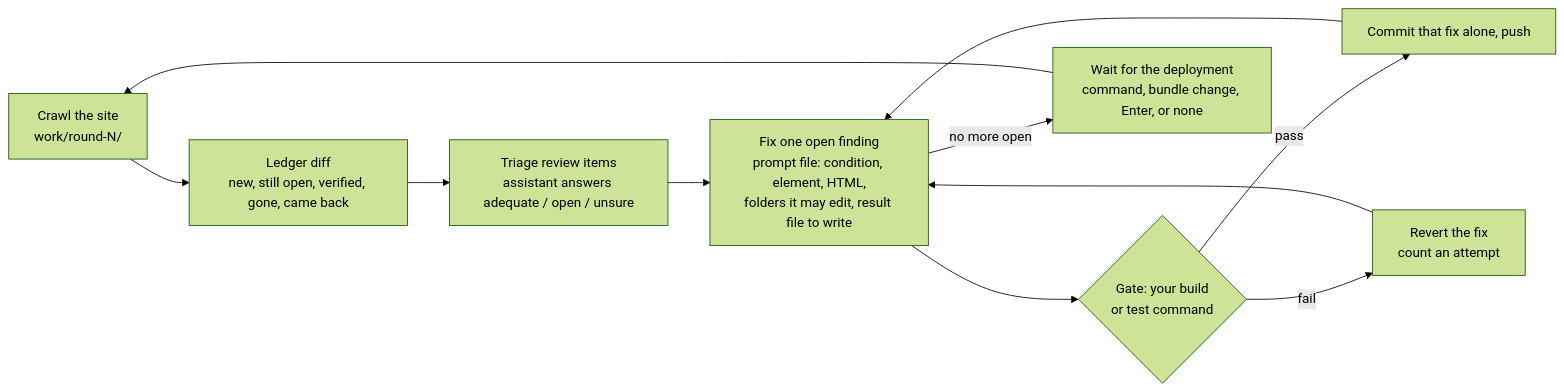
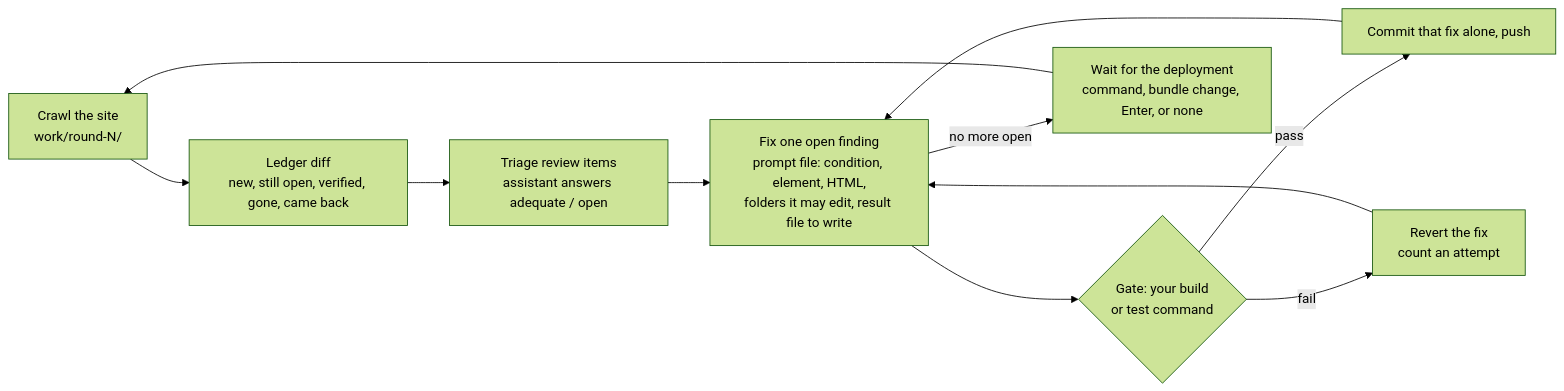
The second of 3 diagrams in README.md (AiFirstDevelopment/a11y-508), drawn with Mermaid (forest theme) before and after one commit. The commit also changed 7 other files, not shown here.

````diff
--- a/README.md
+++ b/README.md
@@ -315,13 +315,13 @@
 ```mermaid
 flowchart LR
   A[Crawl the site<br/>work/round-N/] --> B[Ledger diff<br/>new, still open, verified, gone, came back]
-  B --> C[Triage review items<br/>assistant answers adequate / open / unsure]
+  B --> C[Triage review items<br/>assistant answers adequate / open]
   C --> D[Fix one open finding<br/>prompt file: condition, element, HTML,<br/>folders it may edit, result file to write]
   D --> G{Gate: your build<br/>or test command}
   G -- pass --> H[Commit that fix alone, push]
   G -- fail --> V[Revert the fix<br/>count an attempt]
   H --> D
   V --> D
   D -- no more open --> W[Wait for the deployment<br/>command, bundle change, Enter, or none]
   W --> A
 ```
````
